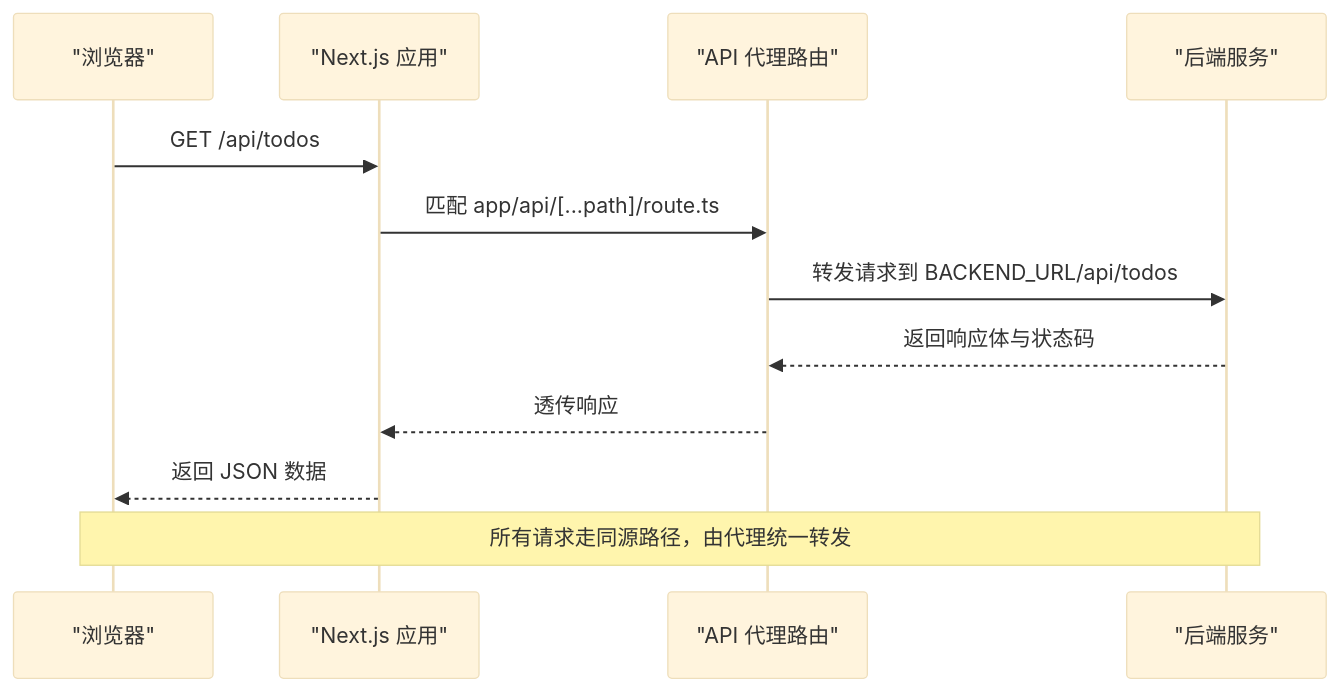
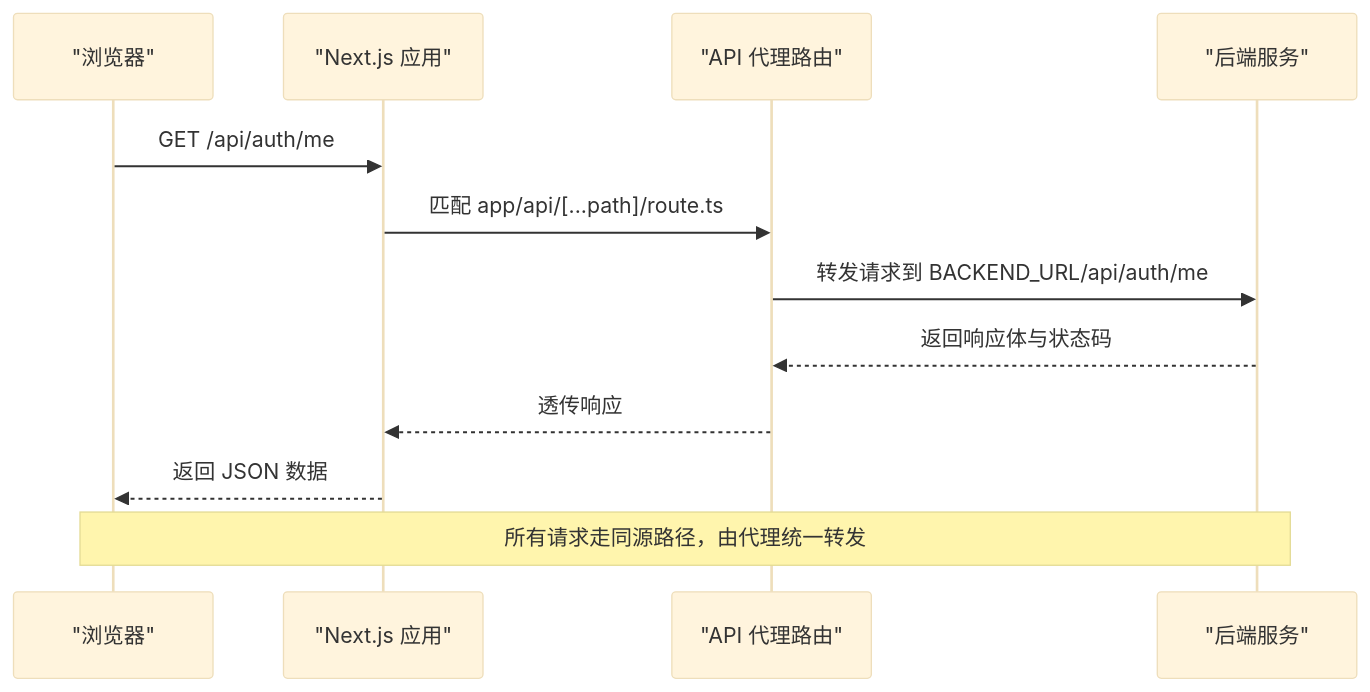
The ninth of 12 diagrams in .qoder/repowiki/zh/content/前端开发/前端开发.md (luyitiger6/my-first-project), drawn with Mermaid (base theme) before and after one commit. The commit also changed other lines of this file and 54 other files, not shown here.

````diff
--- a/.qoder/repowiki/zh/content/前端开发/前端开发.md
+++ b/.qoder/repowiki/zh/content/前端开发/前端开发.md
@@ -431,14 +483,14 @@
 ```mermaid
 sequenceDiagram
 participant Browser as "浏览器"
 participant NextJS as "Next.js 应用"
 participant Proxy as "API 代理路由"
 participant Backend as "后端服务"
-Browser->>NextJS : GET /api/todos
+Browser->>NextJS : GET /api/auth/me
 NextJS->>Proxy : 匹配 app/api/[...path]/route.ts
-Proxy->>Backend : 转发请求到 BACKEND_URL/api/todos
+Proxy->>Backend : 转发请求到 BACKEND_URL/api/auth/me
 Backend-->>Proxy : 返回响应体与状态码
 Proxy-->>NextJS : 透传响应
 NextJS-->>Browser : 返回 JSON 数据
 Note over Browser,Backend : 所有请求走同源路径，由代理统一转发
 ```
````
